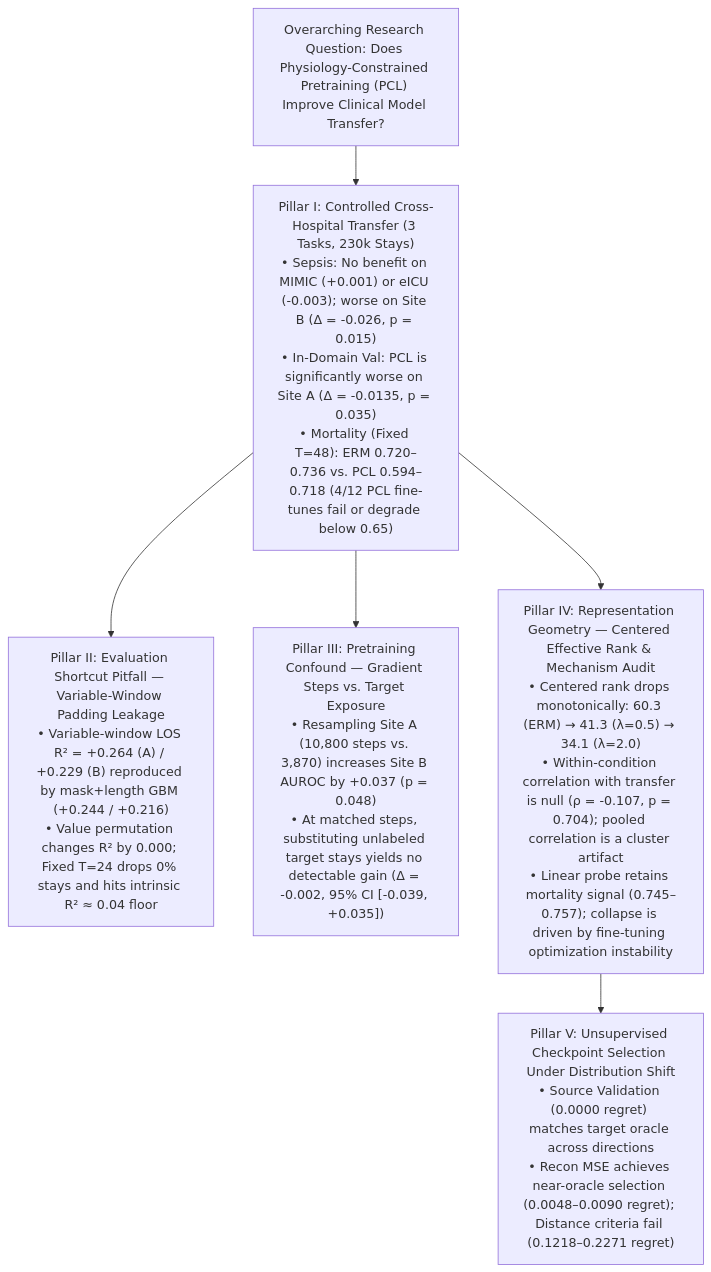
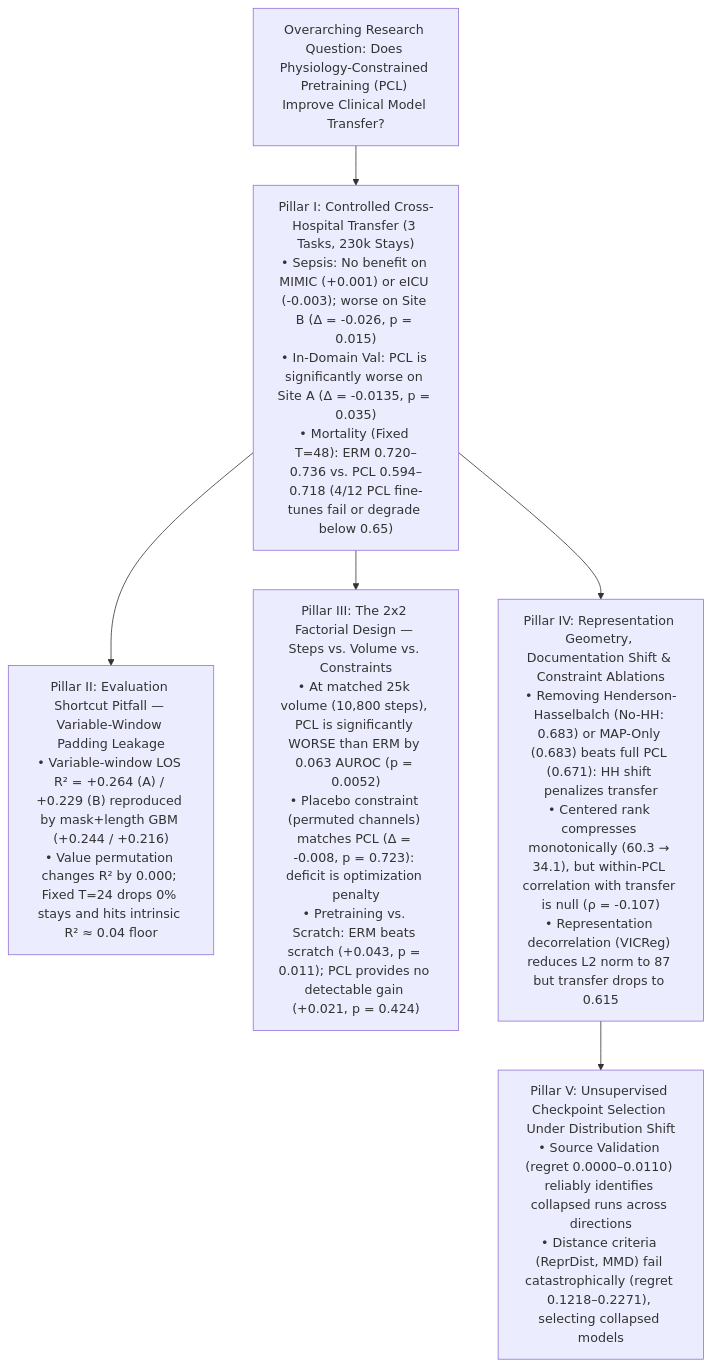
The diagram in results/revision/COMPREHENSIVE_AUDIT_REPORT.md (Nikhilodeon1/pcl-legacy2), drawn with Mermaid before and after one commit. The commit also changed other lines of this file and 1 other file, not shown here.

Commit message:
Pass 4 Audit: incorporate complete Phase 2c factorial, placebo, scratch, and ablation results; reconcile mortality tables and ABG definitions

````diff
--- a/results/revision/COMPREHENSIVE_AUDIT_REPORT.md
+++ b/results/revision/COMPREHENSIVE_AUDIT_REPORT.md
@@ -13,16 +13,16 @@
 ```mermaid
 flowchart TD
     Q["Overarching Research Question: Does Physiology-Constrained Pretraining (PCL) Improve Clinical Model Transfer?"]
     
     P1["Pillar I: Controlled Cross-Hospital Transfer (3 Tasks, 230k Stays)<br/>• Sepsis: No benefit on MIMIC (+0.001) or eICU (-0.003); worse on Site B (Δ = -0.026, p = 0.015)<br/>• In-Domain Val: PCL is significantly worse on Site A (Δ = -0.0135, p = 0.035)<br/>• Mortality (Fixed T=48): ERM 0.720–0.736 vs. PCL 0.594–0.718 (4/12 PCL fine-tunes fail or degrade below 0.65)"]
     P2["Pillar II: Evaluation Shortcut Pitfall — Variable-Window Padding Leakage<br/>• Variable-window LOS R² = +0.264 (A) / +0.229 (B) reproduced by mask+length GBM (+0.244 / +0.216)<br/>• Value permutation changes R² by 0.000; Fixed T=24 drops 0% stays and hits intrinsic R² ≈ 0.04 floor"]
-    P3["Pillar III: Pretraining Confound — Gradient Steps vs. Target Exposure<br/>• Resampling Site A (10,800 steps vs. 3,870) increases Site B AUROC by +0.037 (p = 0.048)<br/>• At matched steps, substituting unlabeled target stays yields no detectable gain (Δ = -0.002, 95% CI [-0.039, +0.035])"]
-    P4["Pillar IV: Representation Geometry — Centered Effective Rank & Mechanism Audit<br/>• Centered rank drops monotonically: 60.3 (ERM) → 41.3 (λ=0.5) → 34.1 (λ=2.0)<br/>• Within-condition correlation with transfer is null (ρ = -0.107, p = 0.704); pooled correlation is a cluster artifact<br/>• Linear probe retains mortality signal (0.745–0.757); collapse is driven by fine-tuning optimization instability"]
-    P5["Pillar V: Unsupervised Checkpoint Selection Under Distribution Shift<br/>• Source Validation (0.0000 regret) matches target oracle across directions<br/>• Recon MSE achieves near-oracle selection (0.0048–0.0090 regret); Distance criteria fail (0.1218–0.2271 regret)"]
+    P3["Pillar III: The 2x2 Factorial Design — Steps vs. Volume vs. Constraints<br/>• At matched 25k volume (10,800 steps), PCL is significantly WORSE than ERM by 0.063 AUROC (p = 0.0052)<br/>• Placebo constraint (permuted channels) matches PCL (Δ = -0.008, p = 0.723): deficit is optimization penalty<br/>• Pretraining vs. Scratch: ERM beats scratch (+0.043, p = 0.011); PCL provides no detectable gain (+0.021, p = 0.424)"]
+    P4["Pillar IV: Representation Geometry, Documentation Shift & Constraint Ablations<br/>• Removing Henderson-Hasselbalch (No-HH: 0.683) or MAP-Only (0.683) beats full PCL (0.671): HH shift penalizes transfer<br/>• Centered rank compresses monotonically (60.3 → 34.1), but within-PCL correlation with transfer is null (ρ = -0.107)<br/>• Representation decorrelation (VICReg) reduces L2 norm to 87 but transfer drops to 0.615"]
+    P5["Pillar V: Unsupervised Checkpoint Selection Under Distribution Shift<br/>• Source Validation (regret 0.0000–0.0110) reliably identifies collapsed runs across directions<br/>• Distance criteria (ReprDist, MMD) fail catastrophically (regret 0.1218–0.2271), selecting collapsed models"]
 
     Q --> P1
     P1 --> P2
     P1 --> P3
     P1 --> P4
     P4 --> P5
 ```
````
